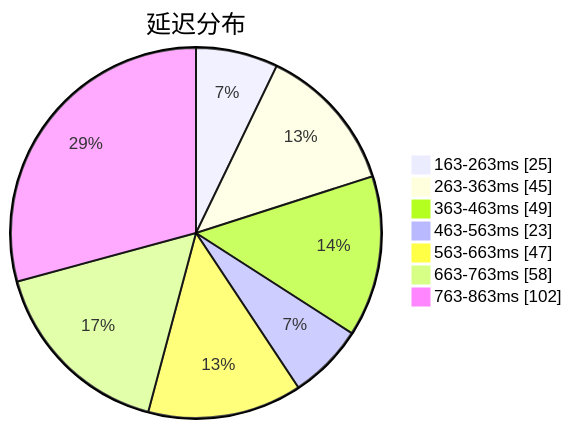
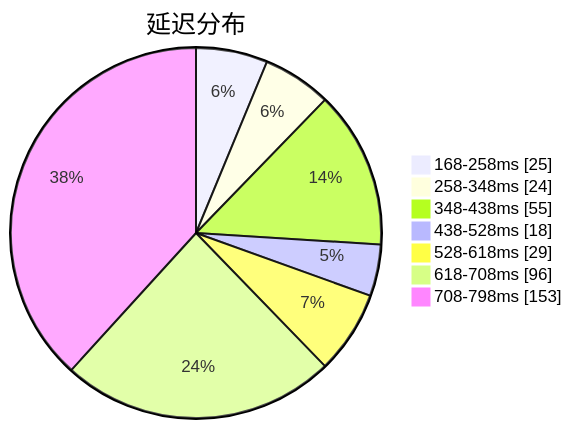
One commit to qjlxg/airport changed the first of 3 diagrams in subs/statistics/tested_within.md. Above: the diagram before and after it, drawn with Mermaid. The commit also changed other lines of this file and 2 other files, not shown here.

````diff
--- a/subs/statistics/tested_within.md
+++ b/subs/statistics/tested_within.md
@@ -2,11 +2,11 @@
 ```mermaid
 pie showData
 title 延迟分布
-"163-263ms" : 25
-"263-363ms" : 45
-"363-463ms" : 49
-"463-563ms" : 23
-"563-663ms" : 47
-"663-763ms" : 58
-"763-863ms" : 102
+"168-258ms" : 25
+"258-348ms" : 24
+"348-438ms" : 55
+"438-528ms" : 18
+"528-618ms" : 29
+"618-708ms" : 96
+"708-798ms" : 153
 ```
````
